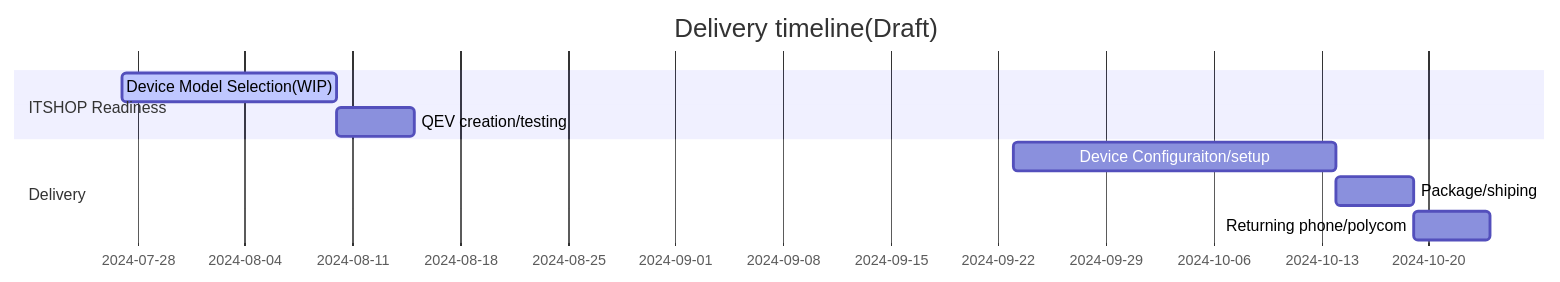
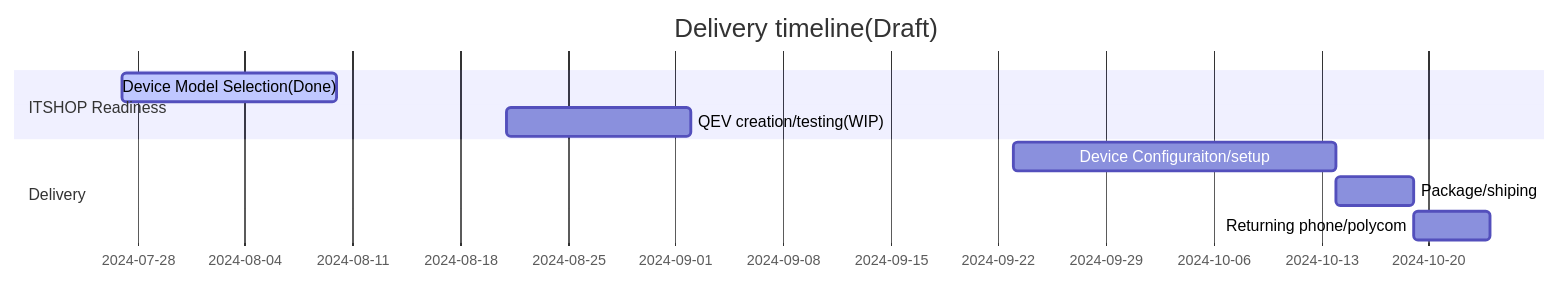
One commit to pluto133/- changed the diagram in test.md. Above: the diagram before and after it, drawn with Mermaid.

````diff
--- a/test.md
+++ b/test.md
@@ -1,12 +1,12 @@
 ```mermaid
 gantt
     title Delivery timeline(Draft)
     dateFormat  YYYY-MM-DD
     section ITSHOP Readiness
-    Device Model Selection(WIP):active, a1, 2024-07-27, 14d
-    QEV creation/testing     : after a1  , 5d
+    Device Model Selection(Done):active, a1, 2024-07-27, 14d
+    QEV creation/testing(WIP)     : after a1, 2024-08-21, 12d
     section Delivery
     Device Configuraiton/setup      :2024-09-23  , 21d
     Package/shiping      : 5d
     Returning phone/polycom     : 5d
 ```
````
